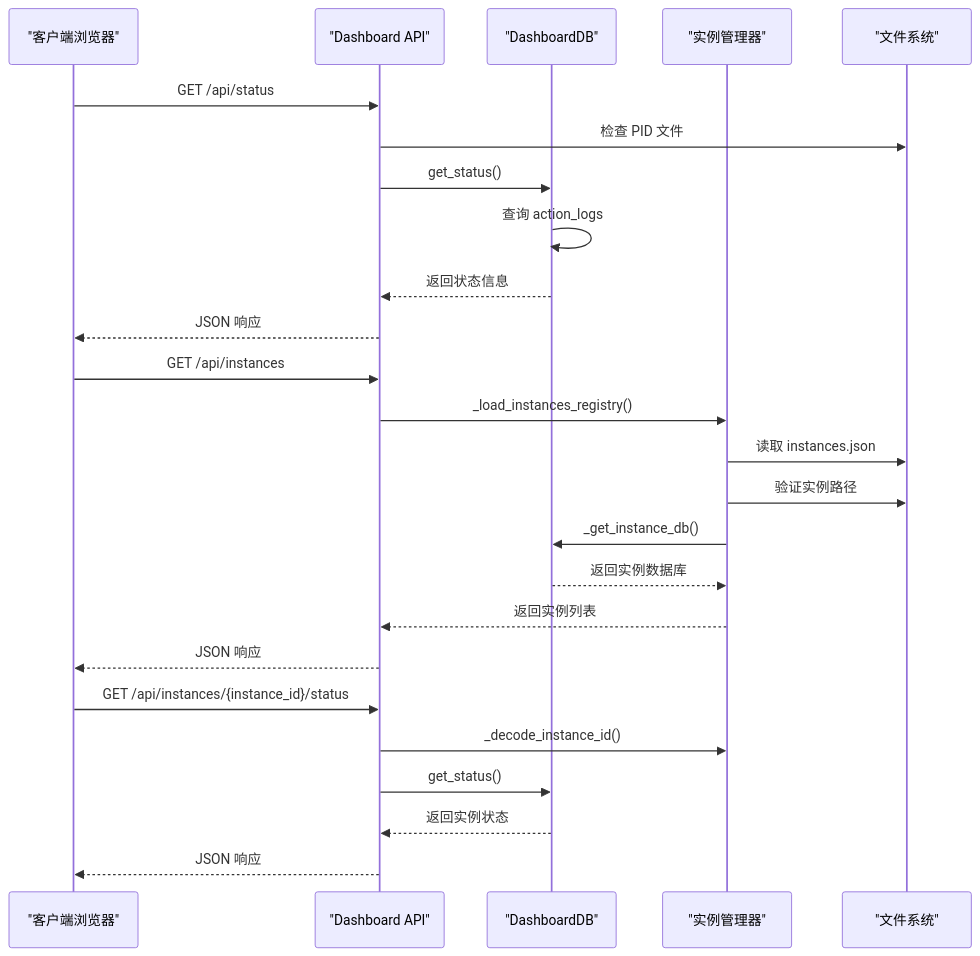
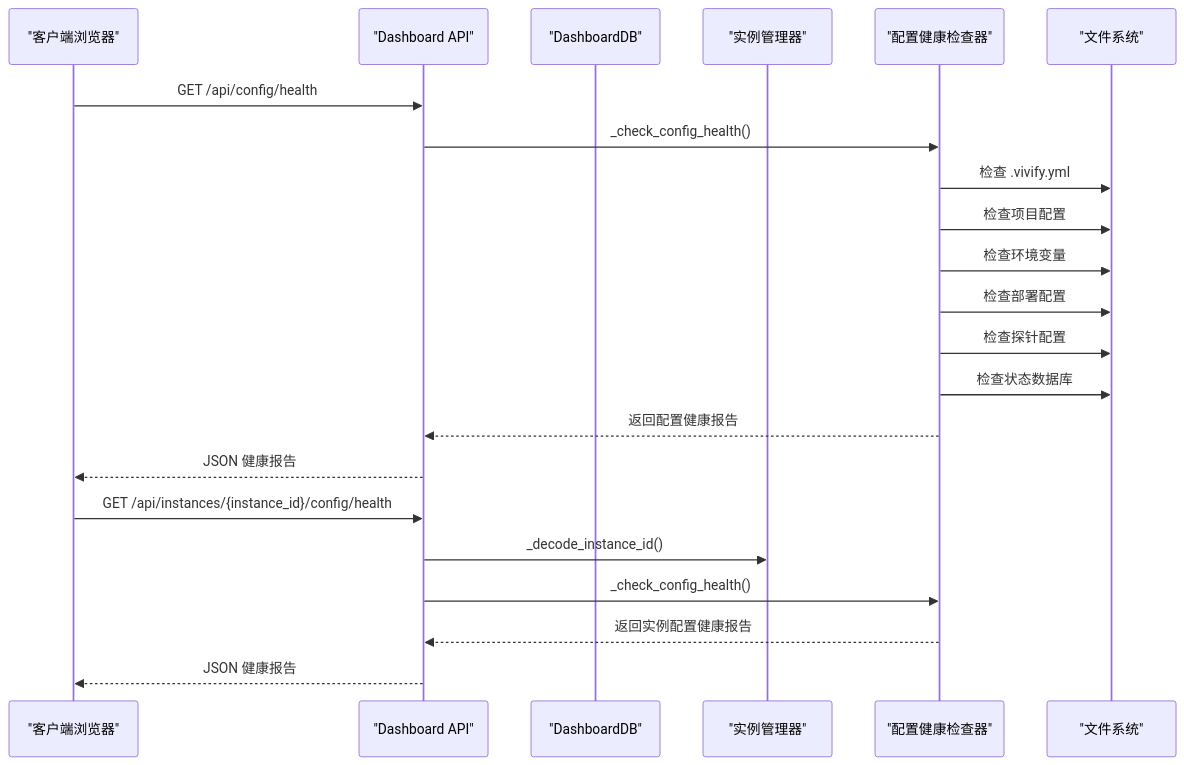
Before and after one commit to pinsonchen/vivify: the fourth of 15 diagrams in .qoder/repowiki/zh/content/技术实现参考/Web仪表板系统.md, drawn with Mermaid. The commit also changed other lines of this file and 5 other files, not shown here.

First line of the commit message:
fix: load instance env vars in foreground run mode

````diff
--- a/.qoder/repowiki/zh/content/技术实现参考/Web仪表板系统.md
+++ b/.qoder/repowiki/zh/content/技术实现参考/Web仪表板系统.md
@@ -241,27 +280,24 @@
 ```mermaid
 sequenceDiagram
 participant Client as "客户端浏览器"
 participant API as "Dashboard API"
 participant DB as "DashboardDB"
 participant InstanceMgr as "实例管理器"
+participant ConfigHealth as "配置健康检查器"
 participant FS as "文件系统"
-Client->>API : GET /api/status
-API->>FS : 检查 PID 文件
-API->>DB : get_status()
-DB->>DB : 查询 action_logs
-DB-->>API : 返回状态信息
-API-->>Client : JSON 响应
-Client->>API : GET /api/instances
-API->>InstanceMgr : _load_instances_registry()
-InstanceMgr->>FS : 读取 instances.json
-InstanceMgr->>FS : 验证实例路径
-InstanceMgr->>DB : _get_instance_db()
-DB-->>InstanceMgr : 返回实例数据库
-InstanceMgr-->>API : 返回实例列表
-API-->>Client : JSON 响应
-Client->>API : GET /api/instances/{instance_id}/status
+Client->>API : GET /api/config/health
+API->>ConfigHealth : _check_config_health()
+ConfigHealth->>FS : 检查 .vivify.yml
+ConfigHealth->>FS : 检查项目配置
+ConfigHealth->>FS : 检查环境变量
+ConfigHealth->>FS : 检查部署配置
+ConfigHealth->>FS : 检查探针配置
+ConfigHealth->>FS : 检查状态数据库
+ConfigHealth-->>API : 返回配置健康报告
+API-->>Client : JSON 健康报告
+Client->>API : GET /api/instances/{instance_id}/config/health
 API->>InstanceMgr : _decode_instance_id()
-API->>DB : get_status()
-DB-->>API : 返回实例状态
-API-->>Client : JSON 响应
+API->>ConfigHealth : _check_config_health()
+ConfigHealth-->>API : 返回实例配置健康报告
+API-->>Client : JSON 健康报告
 ```
````
